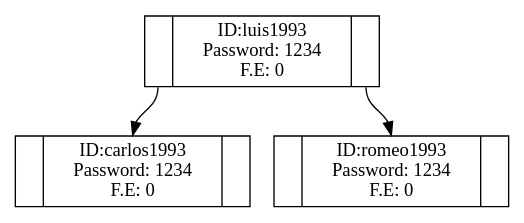
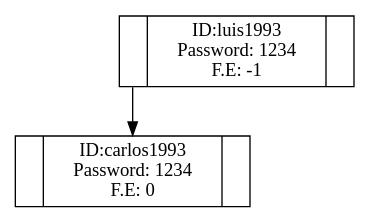
Before and after one commit to Luiskr1993/Proyecto1s22015_201122864a: the diagram in Graphviz/arbolAdmin.dot, drawn with Graphviz. The commit also changed 13 other files, not shown here.

```diff
--- a/Graphviz/arbolAdmin.dot
+++ b/Graphviz/arbolAdmin.dot
@@ -1,8 +1,6 @@
 digraph Arbol{
 node [shape=record];
-n_luis1993[label = "<izq> |<dat> ID:luis1993 \n Password: 1234\n F.E:  0 |<der>"]
+n_luis1993[label = "<izq> |<dat> ID:luis1993 \n Password: 1234\n F.E:  -1 |<der>"]
 n_luis1993:izq -> n_carlos1993:dat;
 n_carlos1993[label = "<izq> |<dat> ID:carlos1993 \n Password: 1234\n F.E:  0 |<der>"]
-n_luis1993:der -> n_romeo1993:dat;
-n_romeo1993[label = "<izq> |<dat> ID:romeo1993 \n Password: 1234\n F.E:  0 |<der>"]
 }
```
